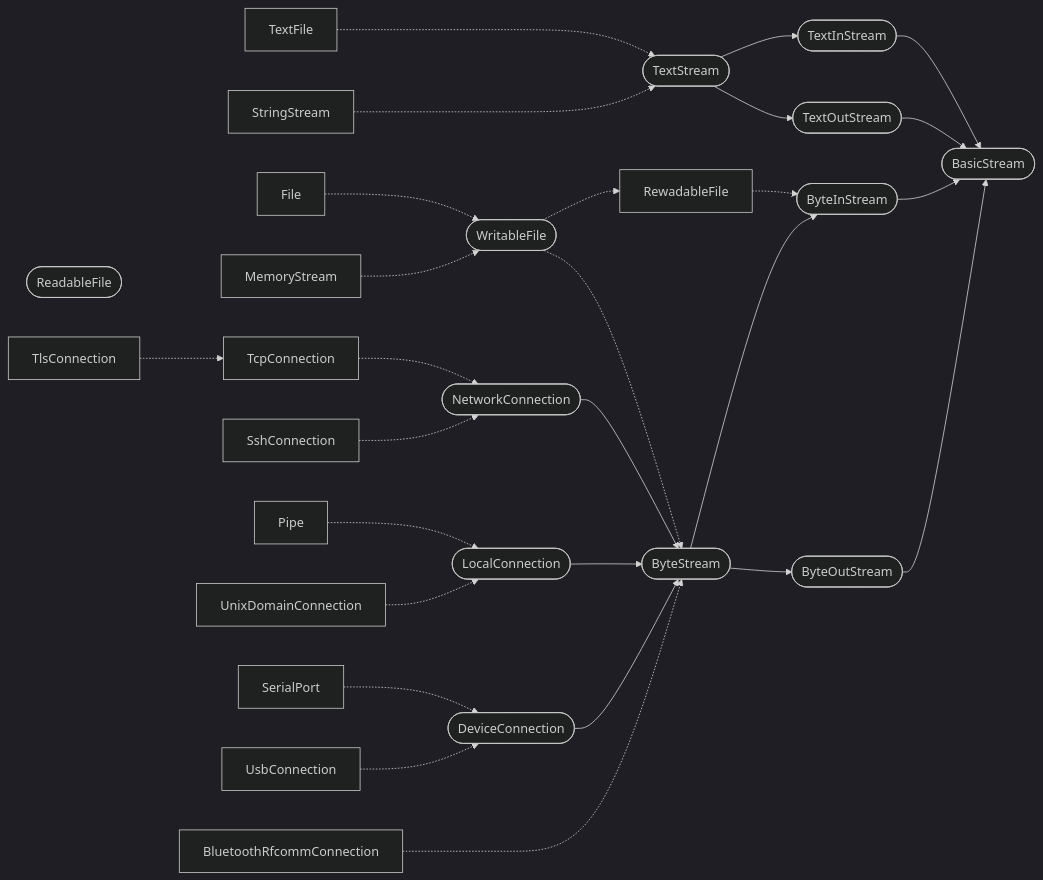
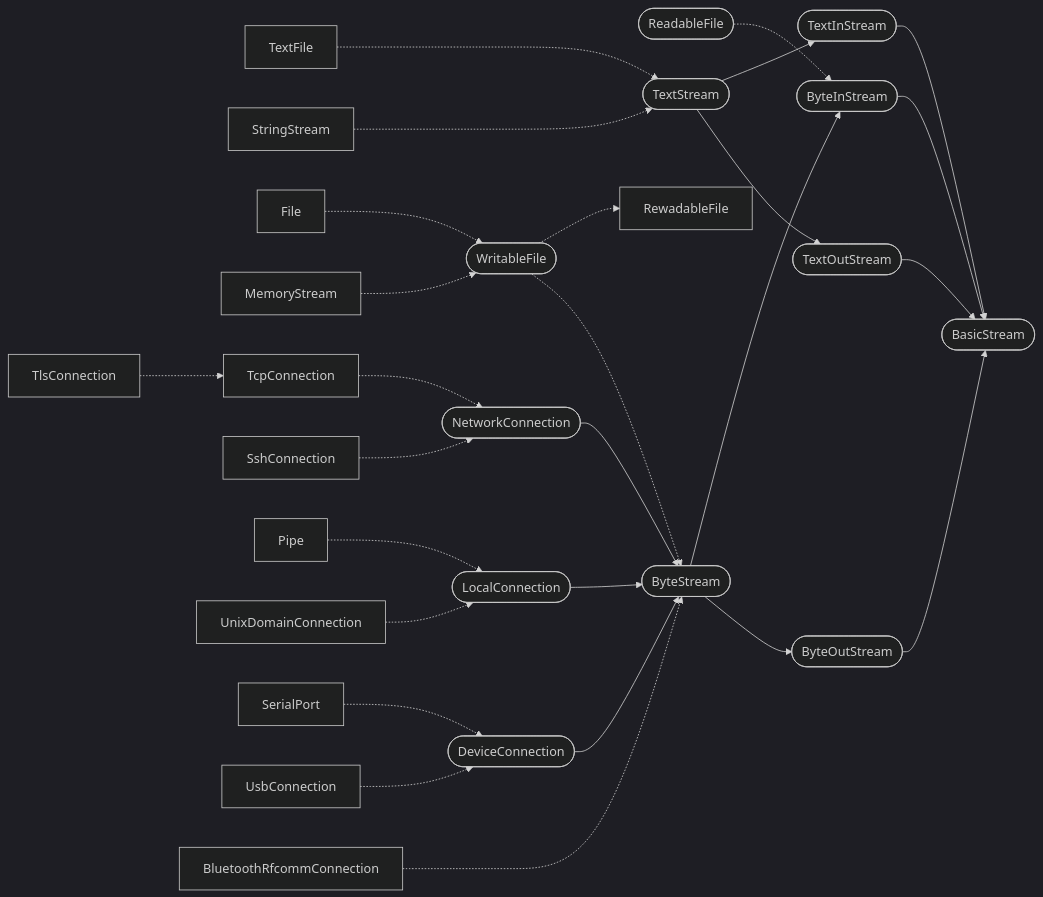
Before and after one commit to laro/Cilia: the diagram in 2 Standard Lib/6 Stream, File & CLI.md, drawn with Mermaid (dark theme).

Commit message:
Fix typo in file type reference

````diff
--- a/2 Standard Lib/6 Stream, File & CLI.md
+++ b/2 Standard Lib/6 Stream, File & CLI.md
@@ -280,68 +280,68 @@
 ```mermaid
 flowchart LR
     BasicStream([BasicStream])
 
     ReadableFile([ReadableFile])
     WritableFile([WritableFile])
 
     TextStream([TextStream])
     TextInStream([TextInStream])
     TextOutStream([TextOutStream])
 
     TextFile[TextFile]
     StringStream[StringStream]
 
     ByteStream([ByteStream])
     ByteInStream([ByteInStream])
     ByteOutStream([ByteOutStream])
     
     File[File]
     MemoryStream[MemoryStream]
     NetworkConnection([NetworkConnection])
     TcpConnection[TcpConnection]
     TlsConnection[TlsConnection]
     SshConnection[SshConnection]
     LocalConnection([LocalConnection])
     Pipe[Pipe]
     UnixDomainConnection[UnixDomainConnection]
     DeviceConnection([DeviceConnection])
     SerialPort[SerialPort]
     UsbConnection[UsbConnection]
     BluetoothRfcommConnection[BluetoothRfcommConnection]
     
     TextFile -..-> TextStream
     StringStream -..-> TextStream
 
     TextStream --> TextInStream
     TextStream --> TextOutStream
 
     TextInStream --> BasicStream
     TextOutStream --> BasicStream
 
     File -.-> WritableFile
     MemoryStream -.-> WritableFile
     WritableFile -.-> RewadableFile
     WritableFile -.-> ByteStream
-    RewadableFile -.-> ByteInStream
+    ReadableFile -.-> ByteInStream
 
     NetworkConnection --> ByteStream
     LocalConnection --> ByteStream
     DeviceConnection --> ByteStream
     BluetoothRfcommConnection -..-> ByteStream
     
     TcpConnection -.-> NetworkConnection
     TlsConnection -.-> TcpConnection
     SshConnection -.-> NetworkConnection
     
     Pipe -.-> LocalConnection
     UnixDomainConnection -.-> LocalConnection
     
     SerialPort -.-> DeviceConnection
     UsbConnection -.-> DeviceConnection
     
     ByteStream --> ByteInStream
     ByteStream --> ByteOutStream
 
     ByteInStream --> BasicStream
     ByteOutStream --> BasicStream
 ```
````
